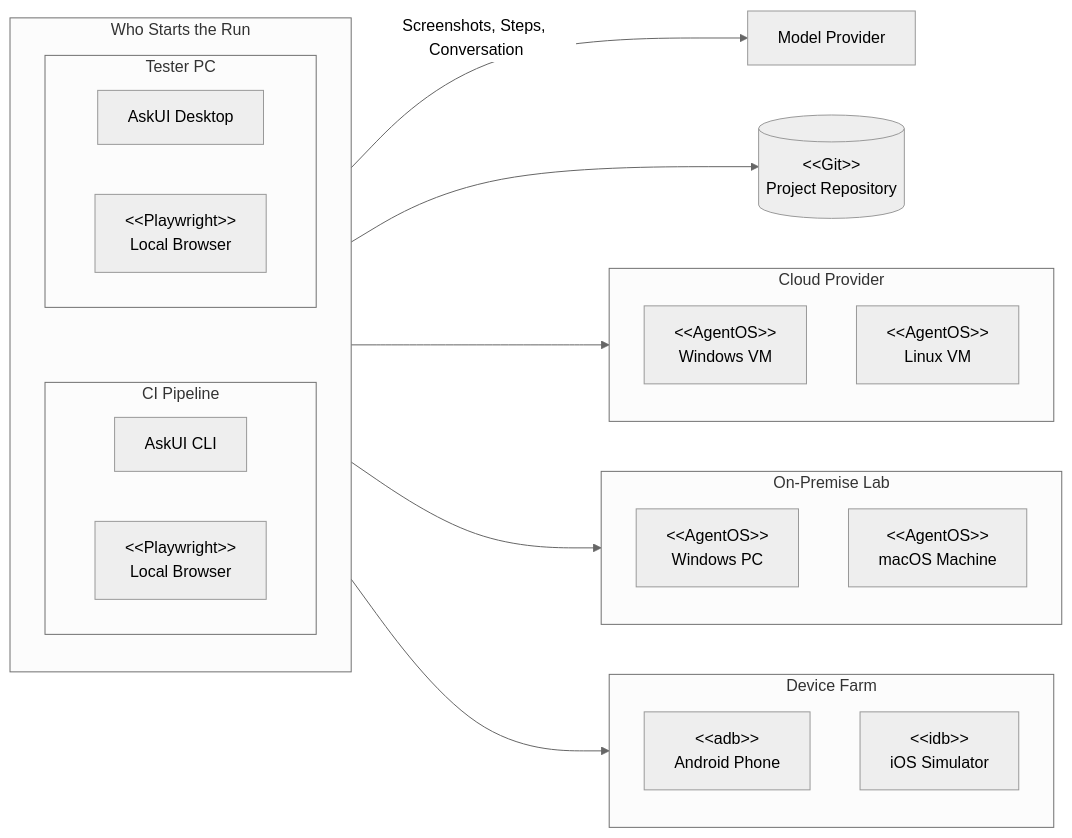
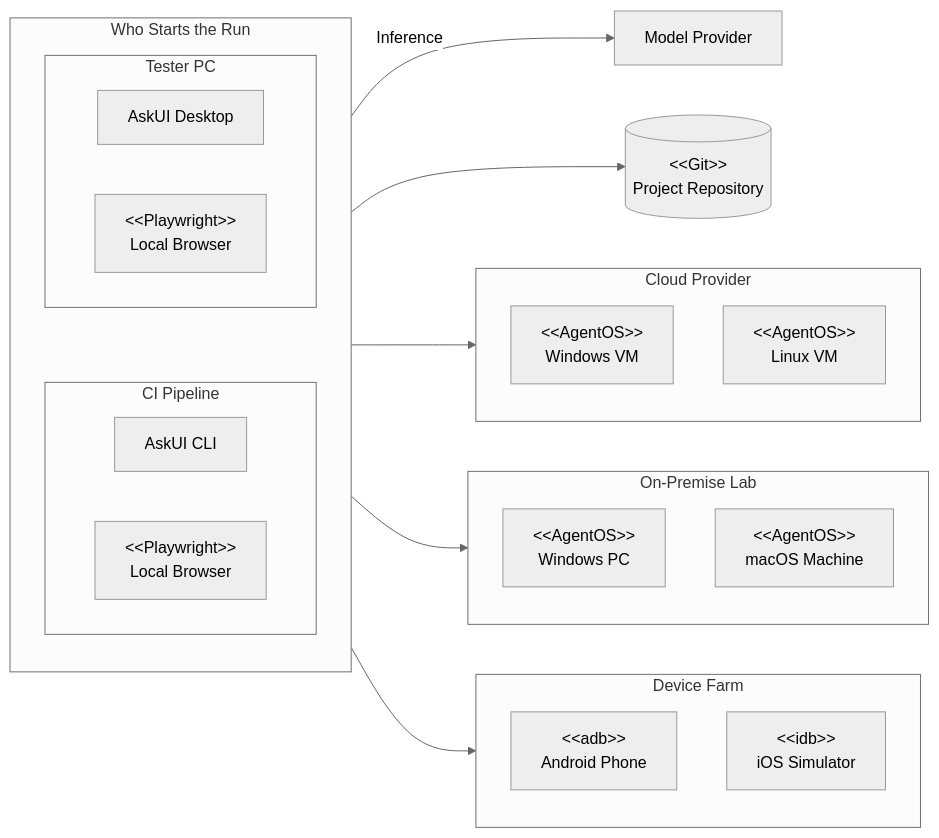
Before and after one commit to askui/docs-rewrite: the second of 2 diagrams in content/docs/concepts/enterprise-fit.mdx, drawn with Mermaid (neutral theme). The commit also changed other lines of this file, not shown here.

````diff
--- a/content/docs/concepts/enterprise-fit.mdx
+++ b/content/docs/concepts/enterprise-fit.mdx
@@ -49,33 +60,33 @@
 ```mermaid
 flowchart LR
   subgraph starts["Who Starts the Run"]
     subgraph pc["Tester PC"]
       D["AskUI Desktop"]
       B1["&lt;&lt;Playwright&gt;&gt;<br/>Local Browser"]
     end
     subgraph ci["CI Pipeline"]
       C["AskUI CLI"]
       B2["&lt;&lt;Playwright&gt;&gt;<br/>Local Browser"]
     end
     pc ~~~ ci
   end
   M["Model Provider"]
   R[("&lt;&lt;Git&gt;&gt;<br/>Project Repository")]
   subgraph cloud["Cloud Provider"]
     V1["&lt;&lt;AgentOS&gt;&gt;<br/>Windows VM"]
     V2["&lt;&lt;AgentOS&gt;&gt;<br/>Linux VM"]
   end
   subgraph lab["On-Premise Lab"]
     P1["&lt;&lt;AgentOS&gt;&gt;<br/>Windows PC"]
     P2["&lt;&lt;AgentOS&gt;&gt;<br/>macOS Machine"]
   end
   subgraph farm["Device Farm"]
     A1["&lt;&lt;adb&gt;&gt;<br/>Android Phone"]
     I1["&lt;&lt;idb&gt;&gt;<br/>iOS Simulator"]
   end
-  starts -->|"Screenshots, Steps, Conversation"| M
+  starts -->|"Inference"| M
   starts --> R
   starts --> cloud
   starts --> lab
   starts --> farm
 ```
````
